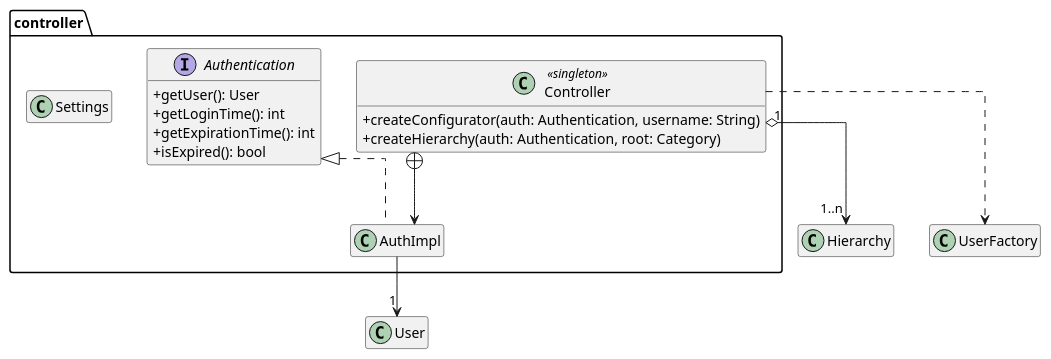
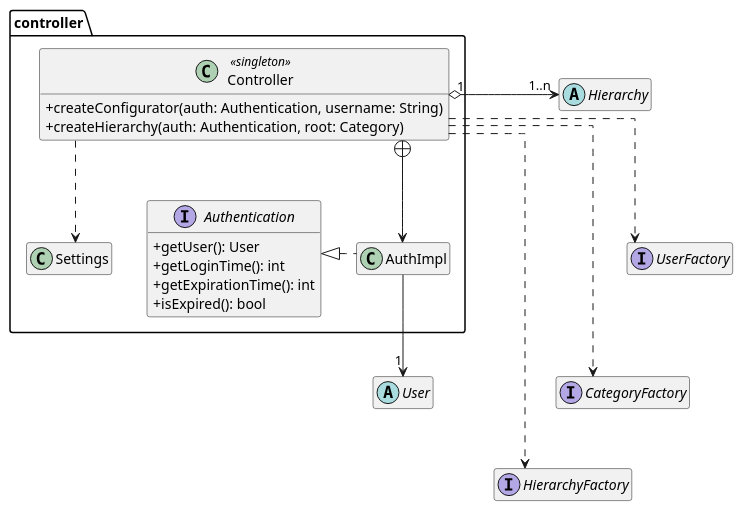
Before and after one commit to Matlice/ing_sw_2022: the diagram in DOC/VER1/diagrams/class/class_diagram_controller.puml, drawn with PlantUML. The commit also changed 7 other files, not shown here.

Commit message:
finished up diagrams

```diff
--- a/DOC/VER1/diagrams/class/class_diagram_controller.puml
+++ b/DOC/VER1/diagrams/class/class_diagram_controller.puml
@@ -1,32 +1,50 @@
 @startuml
 
 skinparam ClassAttributeIconSize 0
 'skinparam groupInheritance 2
 skinparam linetype ortho
 hide empty members
 
 package controller #FFFFFF {
+
     class Controller <<singleton>> {
         + createConfigurator(auth: Authentication, username: String)
         + createHierarchy(auth: Authentication, root: Category)
     }
 
     class AuthImpl implements Authentication
 
     interface Authentication {
         + getUser(): User
         + getLoginTime(): int
         + getExpirationTime(): int
         + isExpired(): bool
     }
 
     class Settings {}
 }
 
+abstract class User
+abstract class Hierarchy
+
+interface UserFactory
+interface CategoryFactory
+interface HierarchyFactory
+
 AuthImpl --> "1" User
+Controller "1 " o--right--> "1..n" Hierarchy
+Controller +-down-> AuthImpl
 
-Controller "1 " o--> "1..n" Hierarchy
-Controller +--> AuthImpl
-Controller ..> UserFactory
+Controller ..> Settings
+
+Controller .down.> UserFactory
+Controller .down.> CategoryFactory
+Controller .down.> HierarchyFactory
+
+AuthImpl -left[hidden]- Authentication
+Hierarchy -[hidden]- UserFactory
+UserFactory -[hidden]- CategoryFactory
+CategoryFactory -[hidden]- HierarchyFactory
+
 
 @enduml
```
